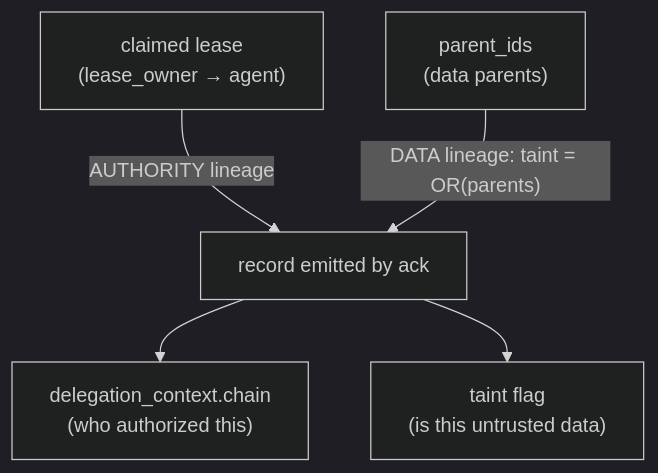
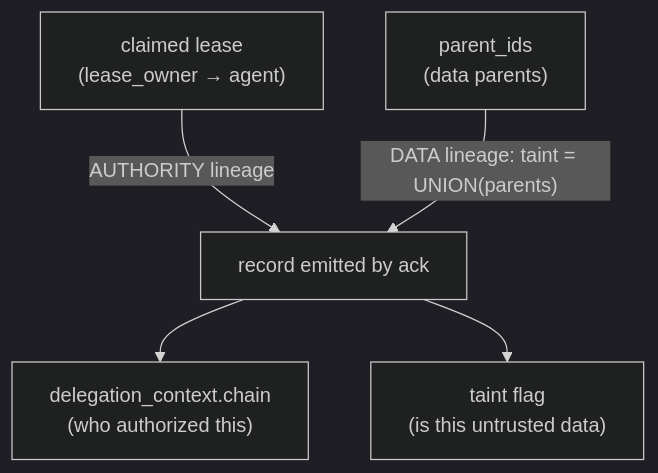
Before and after one commit to wistrand/radia: the fourth of 5 diagrams in agent_docs/design-auth.md, drawn with Mermaid (dark theme). The commit also changed other lines of this file and 39 other files, not shown here.

````diff
--- a/agent_docs/design-auth.md
+++ b/agent_docs/design-auth.md
@@ -314,7 +315,7 @@
 ```mermaid
 flowchart TB
     LE["claimed lease<br/>(lease_owner → agent)"] -->|"AUTHORITY lineage"| R["record emitted by ack"]
-    PA["parent_ids<br/>(data parents)"] -->|"DATA lineage: taint = OR(parents)"| R
+    PA["parent_ids<br/>(data parents)"] -->|"DATA lineage: taint = UNION(parents)"| R
     R --> DC["delegation_context.chain<br/>(who authorized this)"]
     R --> TX["taint flag<br/>(is this untrusted data)"]
 ```
````
